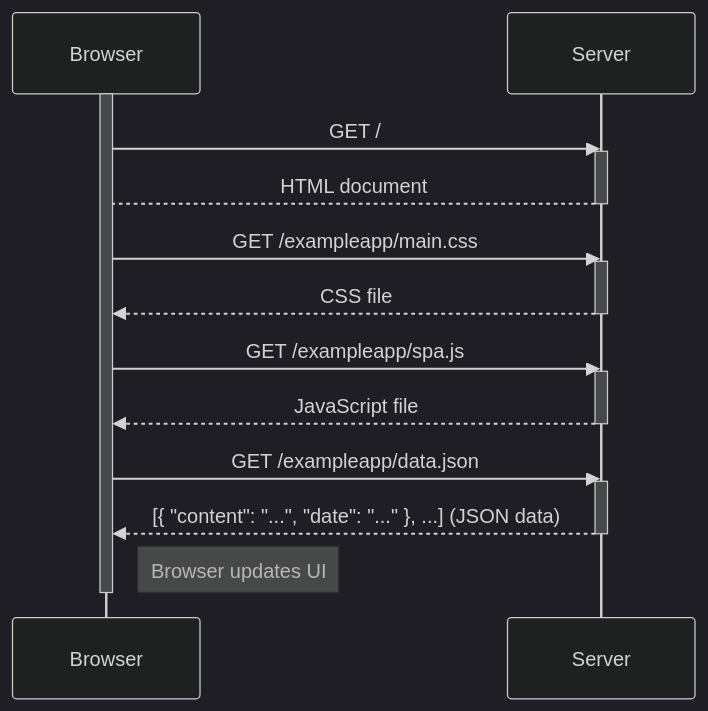
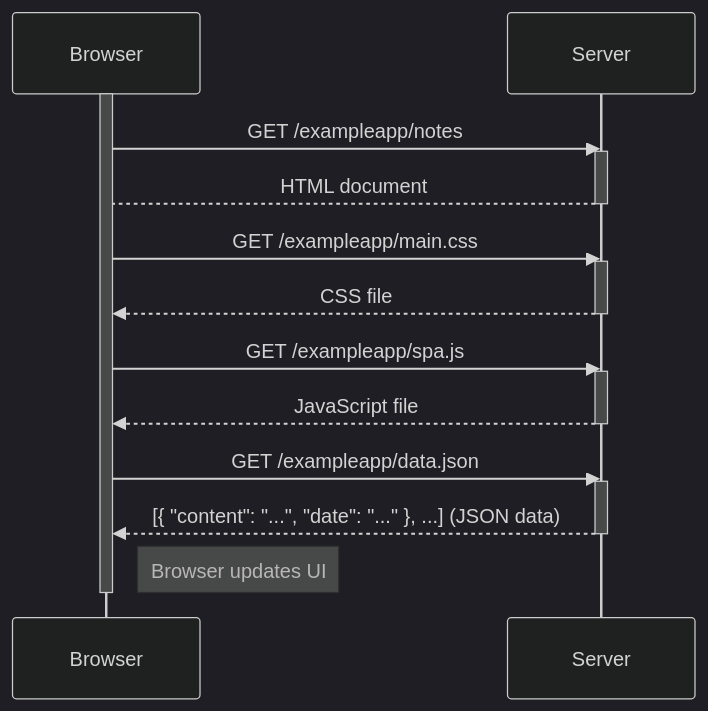
Before and after one commit to trevor-lowder/full-stack-open: the diagram in exercises/part-0/0.5/single-page-app-diagram.md, drawn with Mermaid (dark theme). The commit also changed 1 other file, not shown here.

Commit message:
finish 0.6

````diff
--- a/exercises/part-0/0.5/single-page-app-diagram.md
+++ b/exercises/part-0/0.5/single-page-app-diagram.md
@@ -1,25 +1,25 @@
 ```mermaid
 sequenceDiagram
   participant Browser
   participant Server
 
   activate Browser
-  Browser->>Server: GET /
+  Browser->>Server: GET /exampleapp/notes
   activate Server
   Server-->Browser: HTML document
   deactivate Server
   Browser->>Server: GET /exampleapp/main.css
   activate Server
   Server-->>Browser: CSS file
   deactivate Server
   Browser->>Server: GET /exampleapp/spa.js
   activate Server
   Server-->>Browser: JavaScript file
   deactivate Server
   Browser->>Server: GET /exampleapp/data.json
   activate Server
   Server-->>Browser: [{ "content": "...", "date": "..." }, ...] (JSON data)
   deactivate Server
   Note right of Browser: Browser updates UI
   deactivate Browser
 ```
````
